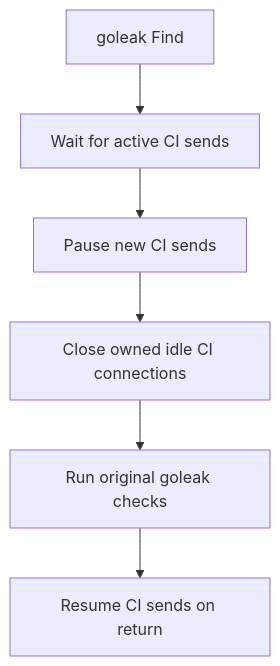
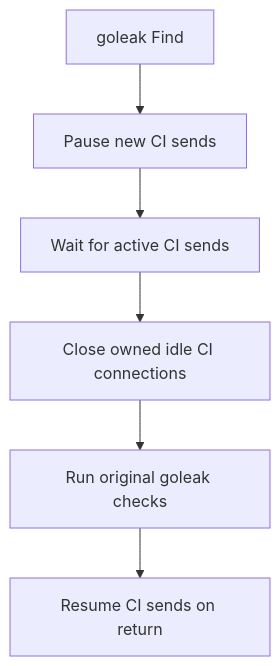
The second of 3 diagrams in ddto/docs/delivery.md (DataDog/ddtest), drawn with Mermaid before and after one commit. The commit also changed other lines of this file and 59 other files, not shown here.

````diff
--- a/ddto/docs/delivery.md
+++ b/ddto/docs/delivery.md
@@ -109,8 +121,8 @@
 ```mermaid
 flowchart TD
-    Find["goleak Find"] --> Wait["Wait for active CI sends"]
-    Wait --> Pause["Pause new CI sends"]
-    Pause --> Close["Close owned idle CI connections"]
+    Find["goleak Find"] --> Pause["Pause new CI sends"]
+    Pause --> Wait["Wait for active CI sends"]
+    Wait --> Close["Close owned idle CI connections"]
     Close --> Check["Run original goleak checks"]
     Check --> Resume["Resume CI sends on return"]
 ```
````
